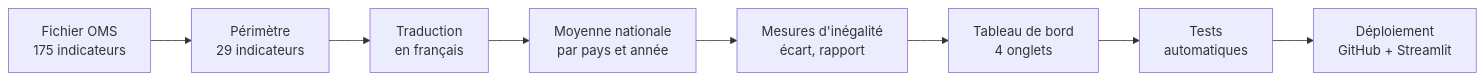
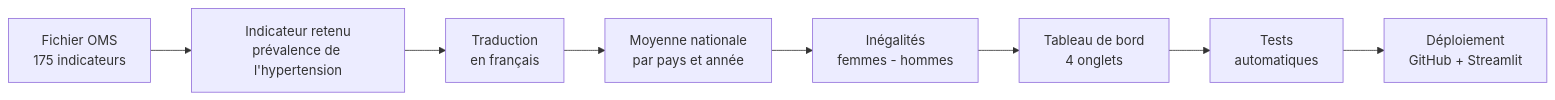
One commit to ismaelkodjo/dashboard-sante-equite changed the diagram in README.md. Above: the diagram before and after it, drawn with Mermaid. The commit also changed other lines of this file and 5 other files, not shown here.

````diff
--- a/README.md
+++ b/README.md
@@ -64,10 +58,10 @@
 ```mermaid
 flowchart LR
-    A["Fichier OMS<br/>175 indicateurs"] --> B["Périmètre<br/>29 indicateurs"]
+    A["Fichier OMS<br/>175 indicateurs"] --> B["Indicateur retenu<br/>prévalence de l'hypertension"]
     B --> C["Traduction<br/>en français"]
     C --> D["Moyenne nationale<br/>par pays et année"]
-    D --> E["Mesures d'inégalité<br/>écart, rapport"]
+    D --> E["Inégalités<br/>femmes - hommes"]
     E --> F["Tableau de bord<br/>4 onglets"]
     F --> G["Tests<br/>automatiques"]
     G --> H["Déploiement<br/>GitHub + Streamlit"]
 ```
````
